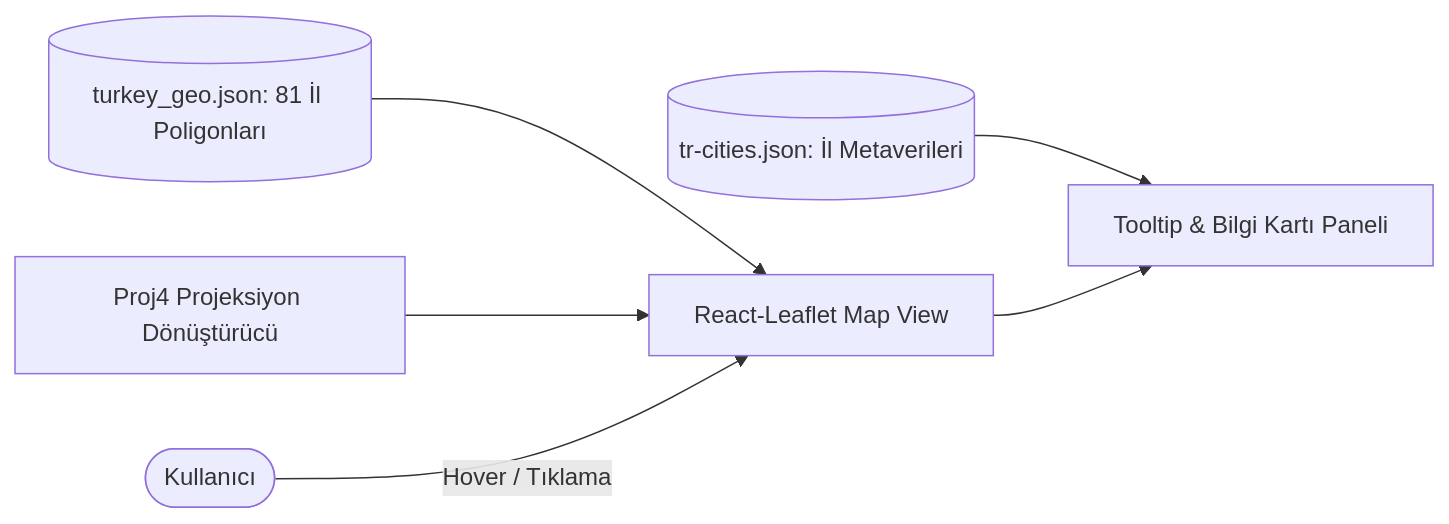
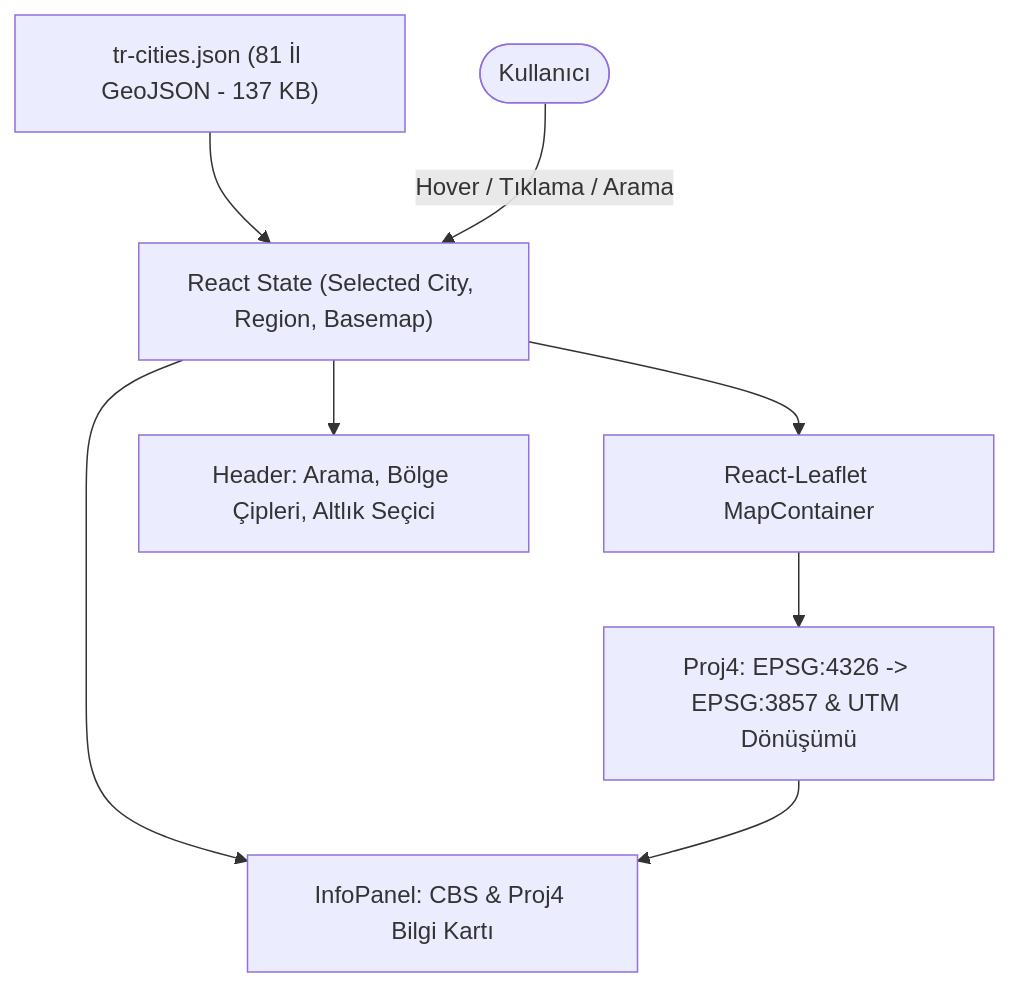
One commit to yucel-gumus/turkey-map.github.io changed the diagram in README.md. Above: the diagram before and after it, drawn with Mermaid. The commit also changed other lines of this file and 14 other files, not shown here.

Commit message:
feat: optimize turkey map GIS app with search, basemaps, proj4 and 87% smaller GeoJSON

````diff
--- a/README.md
+++ b/README.md
@@ -25,8 +28,10 @@
 ```mermaid
-graph LR
-    GeoJSON[(turkey_geo.json: 81 İl Poligonları)] --> ReactLeaflet[React-Leaflet Map View]
-    CityMeta[(tr-cities.json: İl Metaverileri)] --> TooltipController[Tooltip & Bilgi Kartı Paneli]
-    Proj4[Proj4 Projeksiyon Dönüştürücü] --> ReactLeaflet
-    User([Kullanıcı]) -->|Hover / Tıklama| ReactLeaflet
-    ReactLeaflet --> TooltipController
+flowchart TD
+    GeoData["tr-cities.json (81 İl GeoJSON - 137 KB)"] --> AppState["React State (Selected City, Region, Basemap)"]
+    AppState --> MapView["React-Leaflet MapContainer"]
+    AppState --> HeaderBar["Header: Arama, Bölge Çipleri, Altlık Seçici"]
+    AppState --> InfoCard["InfoPanel: CBS & Proj4 Bilgi Kartı"]
+    MapView --> Proj4Engine["Proj4: EPSG:4326 -> EPSG:3857 & UTM Dönüşümü"]
+    Proj4Engine --> InfoCard
+    User([Kullanıcı]) -->|Hover / Tıklama / Arama| AppState
 ```
````
